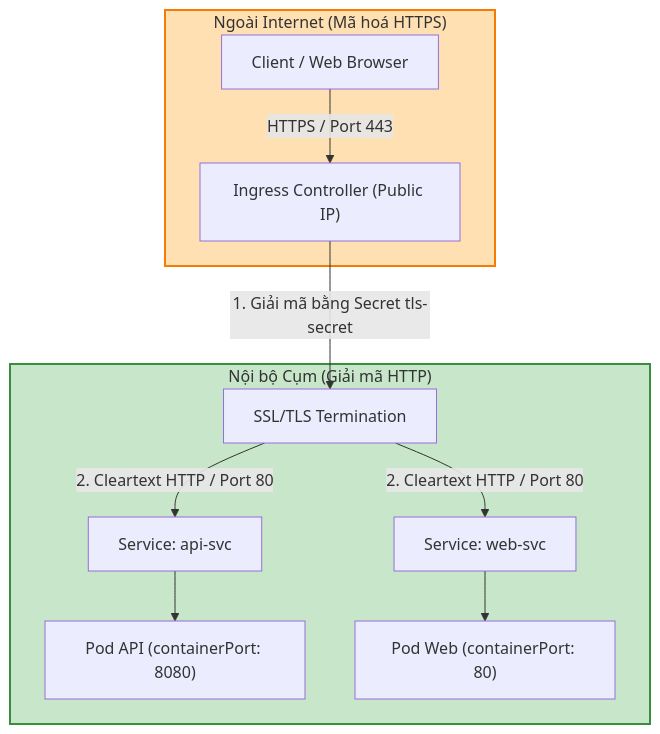
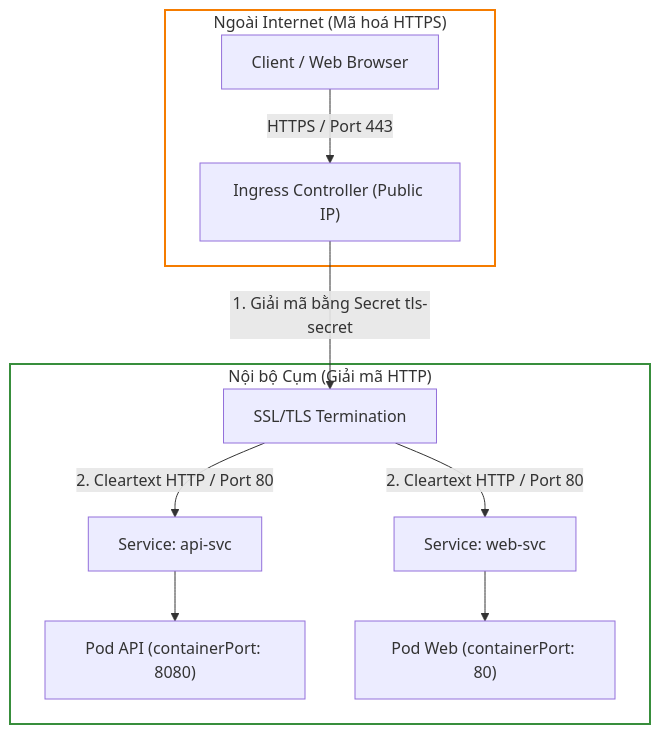
One commit to kiennt308/ntk changed the first of 3 diagrams in _posts/2026-09-12-cka-24-24-ingress-va-gateway-api.md. Above: the diagram before and after it, drawn with Mermaid. The commit also changed other lines of this file and 207 other files, not shown here.

Commit message:
feat(posts): batch standardize all 208 posts with TL;DR, qa-card accordion, fill:none mermaid, and liquid raw wrappers

````diff
--- a/_posts/2026-09-12-cka-24-24-ingress-va-gateway-api.md
+++ b/_posts/2026-09-12-cka-24-24-ingress-va-gateway-api.md
@@ -170,17 +174,17 @@
 ```mermaid
 graph TD
     subgraph External_World ["Ngoài Internet (Mã hoá HTTPS)"]
         CLIENT["Client / Web Browser"] -->|HTTPS / Port 443| TLS_ING["Ingress Controller (Public IP)"]
     end
 
     subgraph Cluster_Internal ["Nội bộ Cụm (Giải mã HTTP)"]
         TLS_ING -->|1. Giải mã bằng Secret tls-secret| DECRYPT["SSL/TLS Termination"]
         DECRYPT -->|2. Cleartext HTTP / Port 80| SVC_API["Service: api-svc"]
         DECRYPT -->|2. Cleartext HTTP / Port 80| SVC_WEB["Service: web-svc"]
         SVC_API --> POD_API["Pod API (containerPort: 8080)"]
         SVC_WEB --> POD_WEB["Pod Web (containerPort: 80)"]
     end
 
-    style External_World fill:#ffe0b2,stroke:#f57c00,stroke-width:2px
-    style Cluster_Internal fill:#c8e6c9,stroke:#388e3c,stroke-width:2px
+    style External_World fill:none,stroke:#f57c00,stroke-width:2px
+    style Cluster_Internal fill:none,stroke:#388e3c,stroke-width:2px
 ```
````
